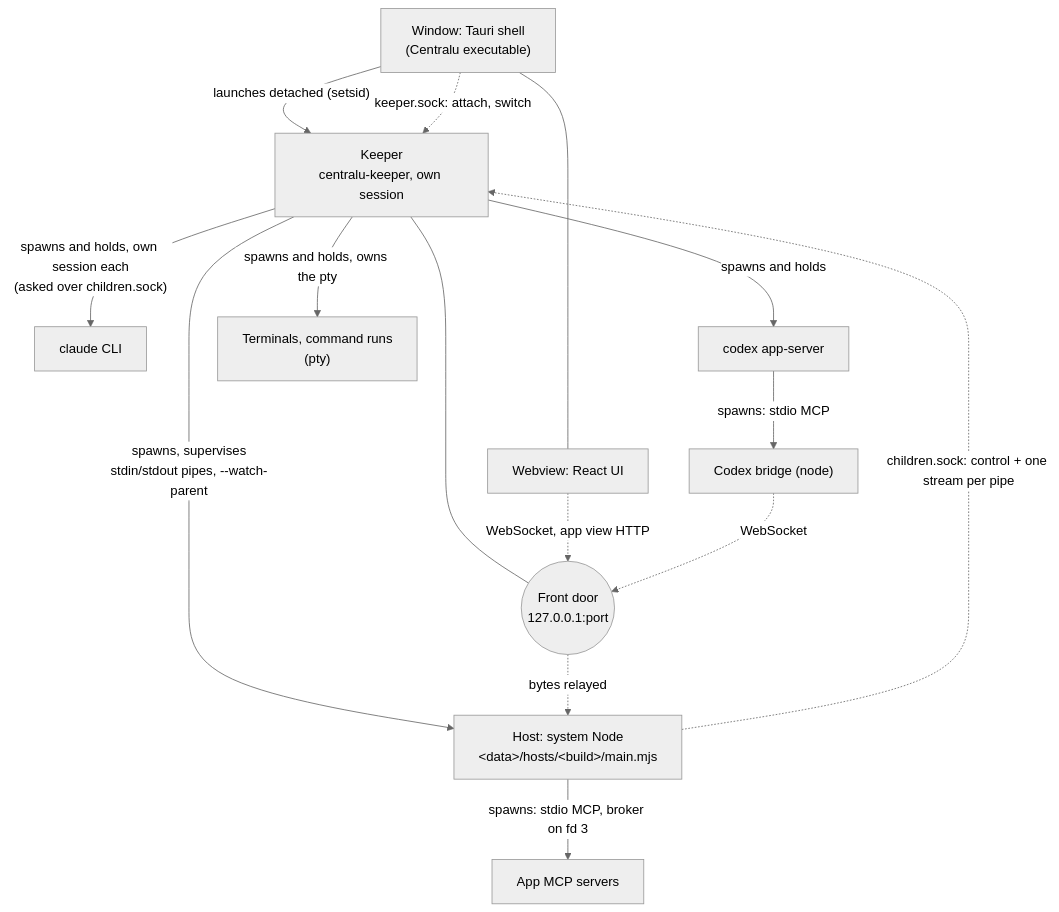
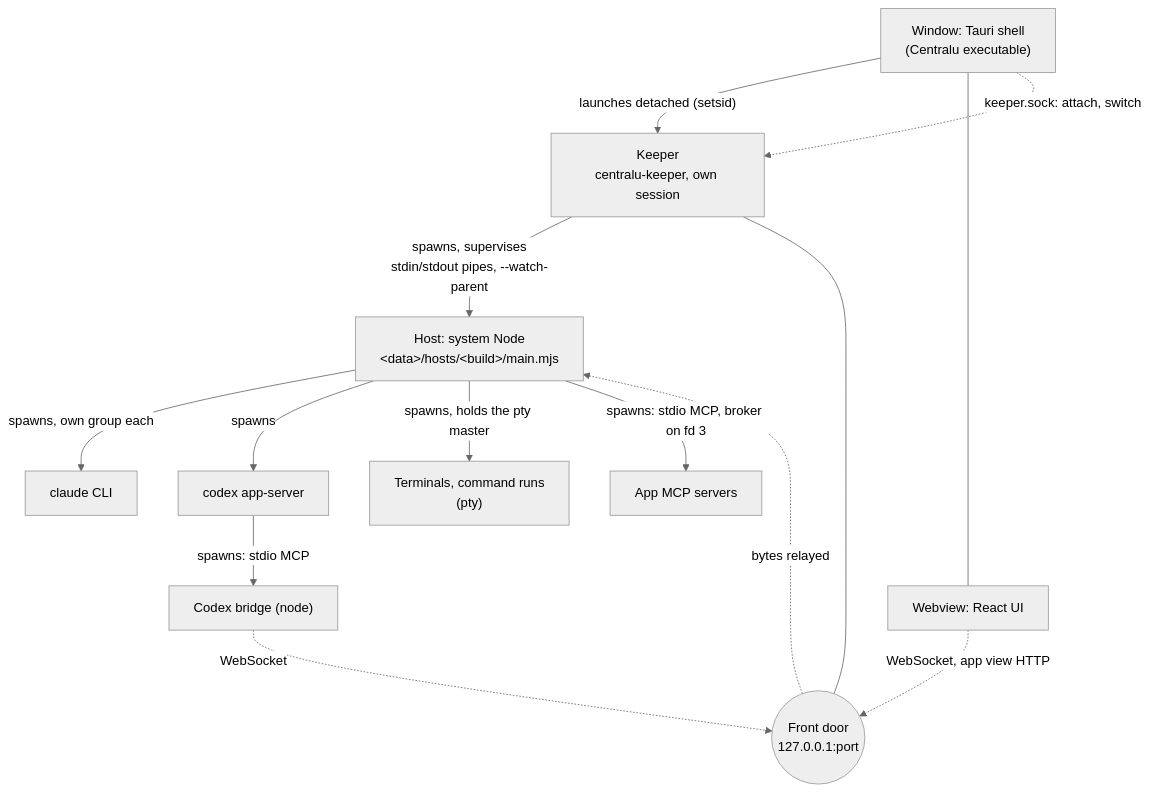
Before and after one commit to ijun17/centralu: the fifth of 11 diagrams in docs/domain-model.ko.md, drawn with Mermaid (neutral theme). The commit also changed other lines of this file and 9 other files, not shown here.

First line of the commit message:
docs: no host uses the keeper's children service

````diff
--- a/docs/domain-model.ko.md
+++ b/docs/domain-model.ko.md
@@ -495,29 +495,28 @@
 ```mermaid
 flowchart TD
   app["Window: Tauri shell<br/>(Centralu executable)"]
   web["Webview: React UI"]
   keeper["Keeper<br/>centralu-keeper, own session"]
   host["Host: system Node<br/>&lt;data&gt;/hosts/&lt;build&gt;/main.mjs"]
   claude["claude CLI"]
   codex["codex app-server"]
   bridge["Codex bridge (node)"]
   pty["Terminals, command runs<br/>(pty)"]
   appsrv["App MCP servers"]
   door(("Front door<br/>127.0.0.1:port"))
 
   app -- "launches detached (setsid)" --> keeper
   app --- web
   keeper -- "spawns, supervises<br/>stdin/stdout pipes, --watch-parent" --> host
-  keeper -- "spawns and holds, own session each<br/>(asked over children.sock)" --> claude
-  keeper -- "spawns and holds" --> codex
-  keeper -- "spawns and holds, owns the pty" --> pty
+  host -- "spawns, own group each" --> claude
+  host -- "spawns" --> codex
+  host -- "spawns, holds the pty master" --> pty
   host -- "spawns: stdio MCP, broker on fd 3" --> appsrv
   codex -- "spawns: stdio MCP" --> bridge
   keeper --- door
 
   app -. "keeper.sock: attach, switch" .-> keeper
   web -. "WebSocket, app view HTTP" .-> door
   bridge -. "WebSocket" .-> door
   door -. "bytes relayed" .-> host
-  host -. "children.sock: control + one stream per pipe" .-> keeper
 ```
````
